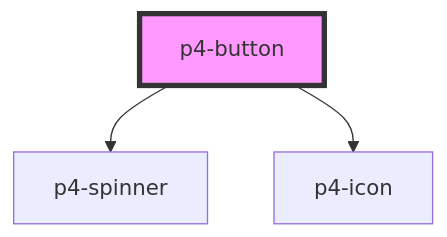
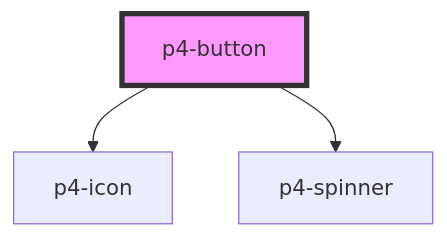
Before and after one commit to goatui/components: the diagram in src/components/p4-button/readme.md, drawn with Mermaid. The commit also changed other lines of this file and 121 other files, not shown here.

````diff
--- a/src/components/p4-button/readme.md
+++ b/src/components/p4-button/readme.md
@@ -35,6 +36,6 @@
 ```mermaid
 graph TD;
+  p4-button --> p4-icon
   p4-button --> p4-spinner
-  p4-button --> p4-icon
   style p4-button fill:#f9f,stroke:#333,stroke-width:4px
 ```
````
